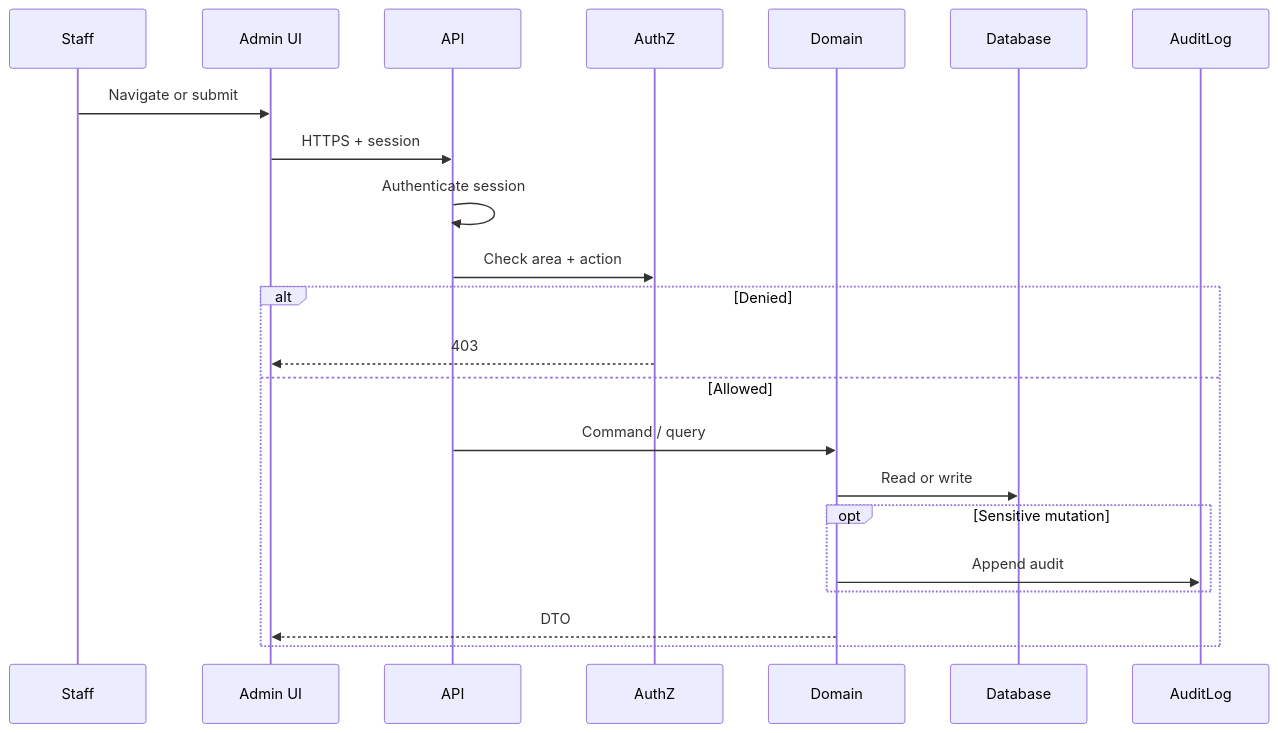
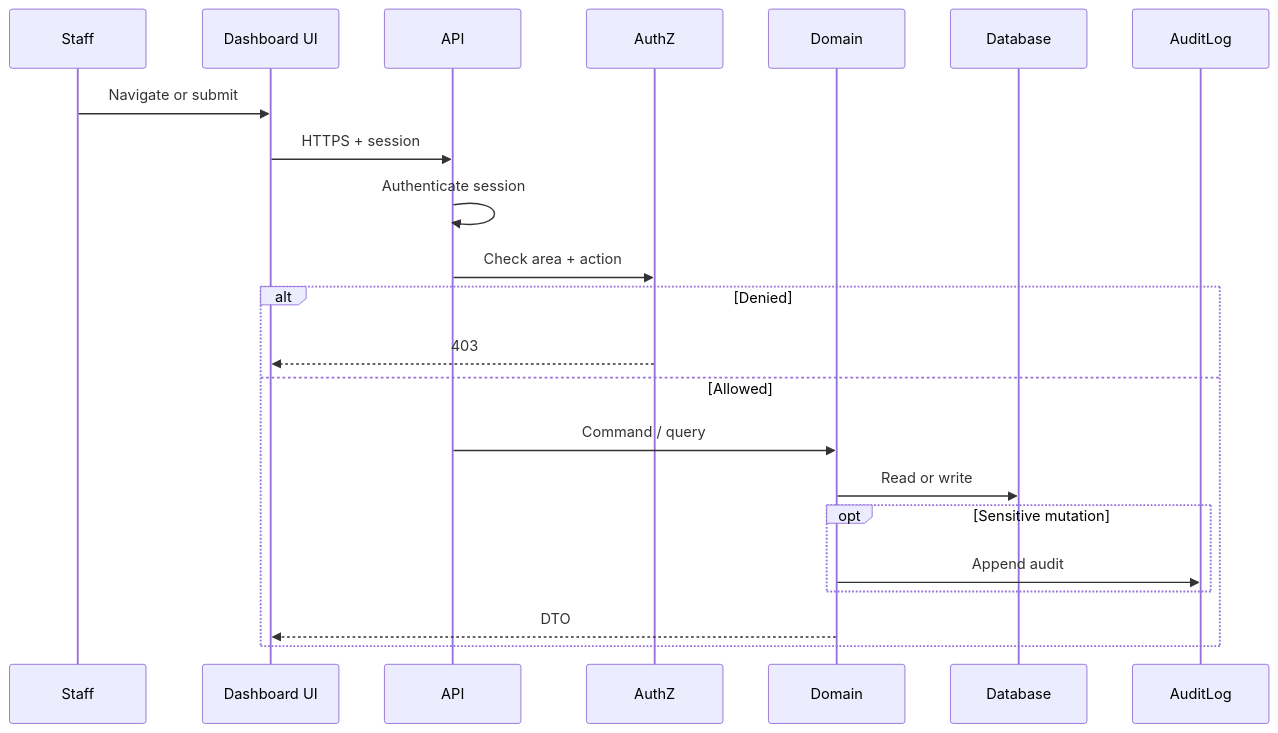
One commit to nafasebra/order-manager-docs changed the second of 16 diagrams in data-flow.md. Above: the diagram before and after it, drawn with Mermaid. The commit also changed other lines of this file and 6 other files, not shown here.

````diff
--- a/data-flow.md
+++ b/data-flow.md
@@ -48,25 +57,25 @@
 ```mermaid
 sequenceDiagram
   participant S as Staff
-  participant UI as Admin UI
+  participant UI as Dashboard UI
   participant API as API
   participant AZ as AuthZ
   participant D as Domain
   participant DB as Database
   participant A as AuditLog
 
   S->>UI: Navigate or submit
   UI->>API: HTTPS + session
   API->>API: Authenticate session
   API->>AZ: Check area + action
   alt Denied
     AZ-->>UI: 403
   else Allowed
     API->>D: Command / query
     D->>DB: Read or write
     opt Sensitive mutation
       D->>A: Append audit
     end
     D-->>UI: DTO
   end
 ```
````
